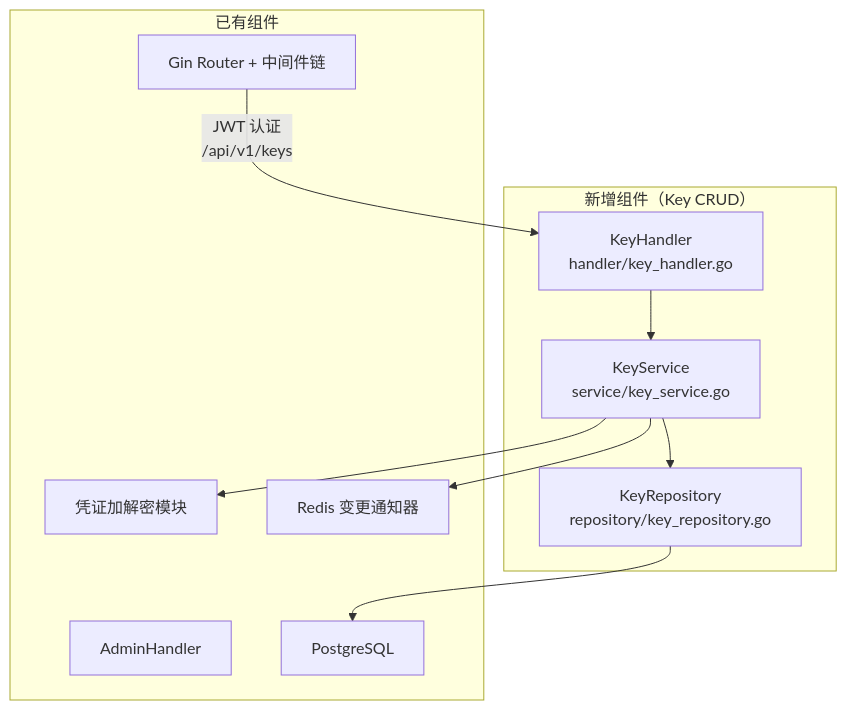
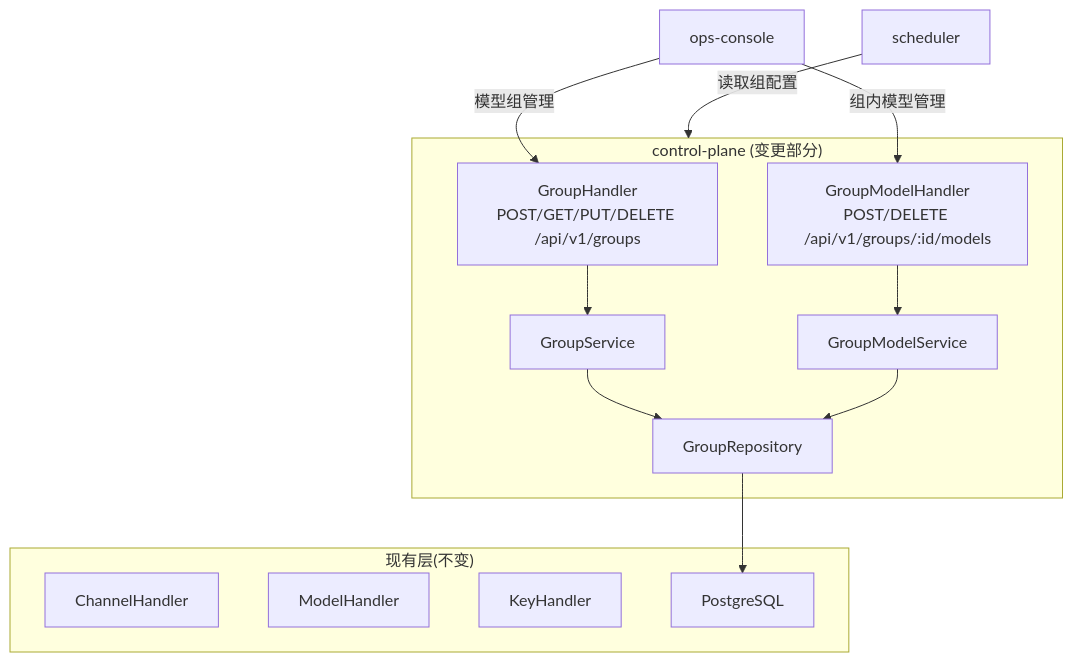
The diagram in xspec/changes/control-plane/hld.delta.md (achieve-jsy/llm-gateway), drawn with Mermaid before and after one commit. The commit also changed other lines of this file and 174 other files, not shown here.

````diff
--- a/xspec/changes/control-plane/hld.delta.md
+++ b/xspec/changes/control-plane/hld.delta.md
@@ -11,23 +11,28 @@
 ```mermaid
 flowchart TD
-    subgraph "新增组件（Key CRUD）"
-        KeyHandler["KeyHandler\nhandler/key_handler.go"]
-        KeyService["KeyService\nservice/key_service.go"]
-        KeyRepo["KeyRepository\nrepository/key_repository.go"]
+    subgraph CP["control-plane (变更部分)"]
+        GH["GroupHandler<br/>POST/GET/PUT/DELETE /api/v1/groups"]
+        GS["GroupService"]
+        GR["GroupRepository"]
+
+        GMH["GroupModelHandler<br/>POST/DELETE /api/v1/groups/:id/models"]
+        GMS["GroupModelService"]
+
+        GH --> GS
+        GS --> GR
+        GMH --> GMS
+        GMS --> GR
     end
 
-    subgraph "已有组件"
-        Router["Gin Router + 中间件链"]
-        AdminHandler["AdminHandler"]
-        Crypto["凭证加解密模块"]
-        Notifier["Redis 变更通知器"]
+    subgraph Existing["现有层(不变)"]
+        CH["ChannelHandler"]
+        MH["ModelHandler"]
+        KH["KeyHandler"]
         DB["PostgreSQL"]
     end
 
-    Router -->|"JWT 认证\n/api/v1/keys"| KeyHandler
-    KeyHandler --> KeyService
-    KeyService --> KeyRepo
-    KeyService --> Crypto
-    KeyService --> Notifier
-    KeyRepo --> DB
+    GR --> DB
+    OP["ops-console"] -->|模型组管理| GH
+    OP -->|组内模型管理| GMH
+    SCH["scheduler"] -->|读取组配置| CP
 ```
````
